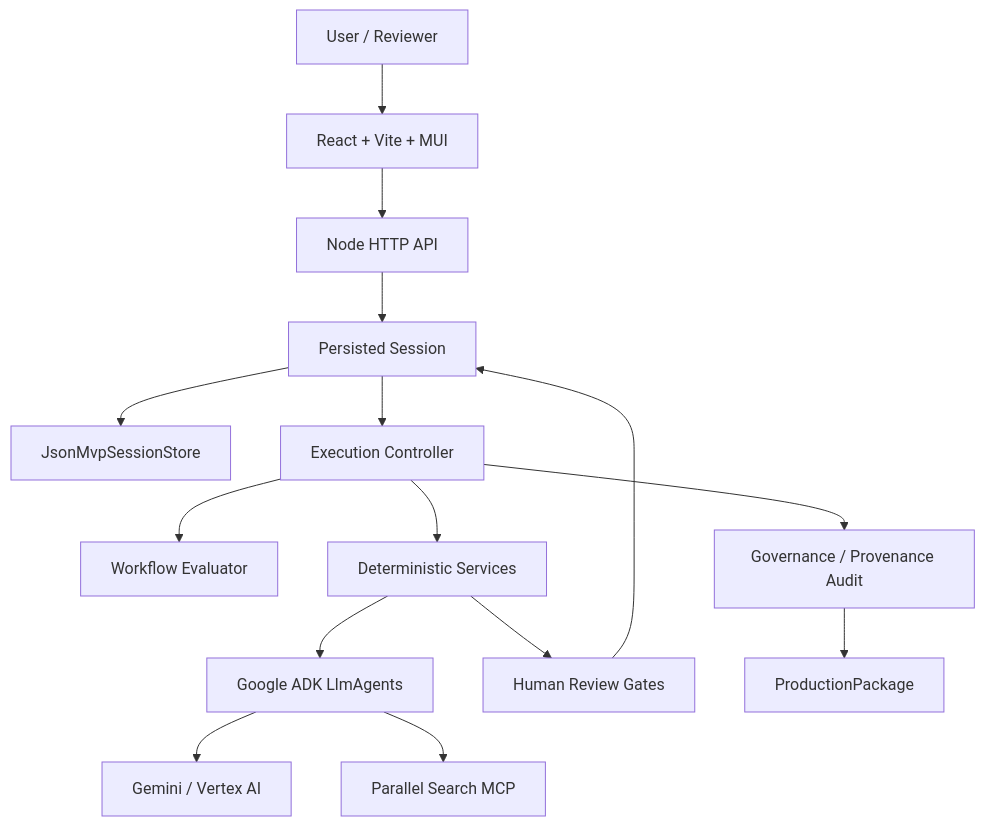
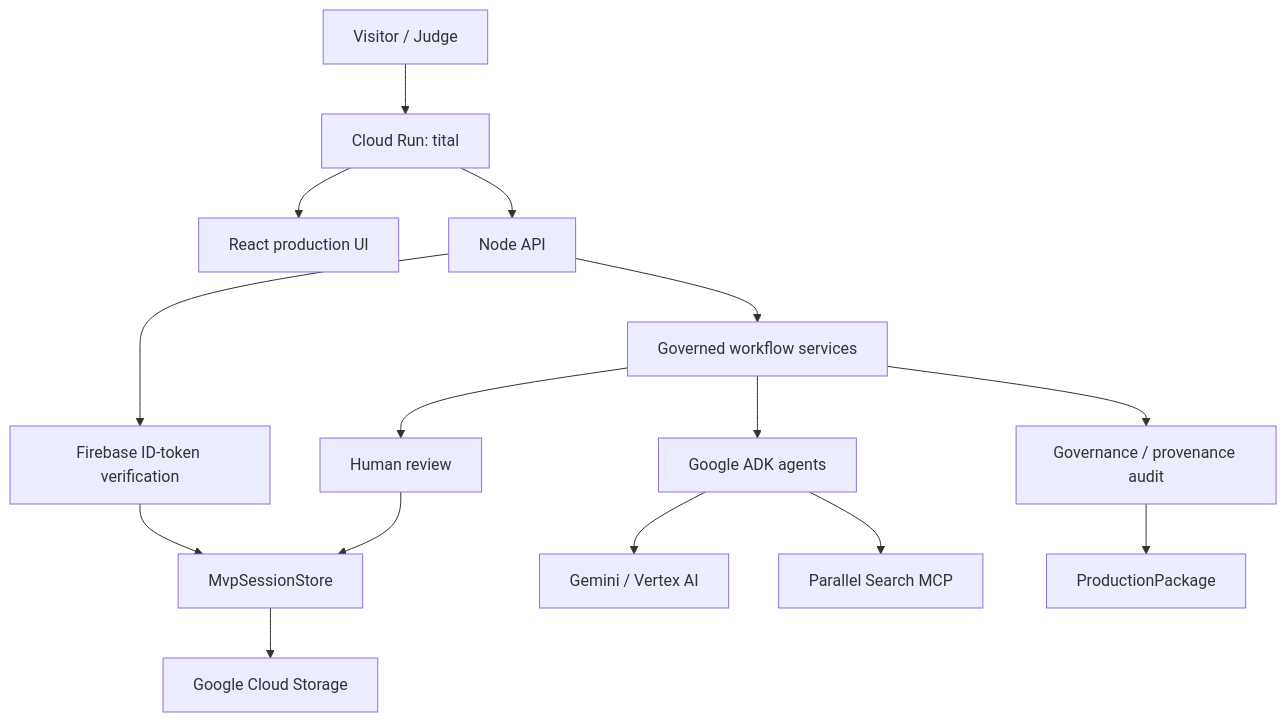
The diagram in README.md (amin076/tital), drawn with Mermaid before and after one commit. The commit also changed other lines of this file, not shown here.

Commit message:
docs: refresh README for hosted authenticated Tital

````diff
--- a/README.md
+++ b/README.md
@@ -109,26 +108,26 @@
 ```mermaid
 graph TD
-    U[User / Reviewer]
-    WEB[React + Vite + MUI]
-    API[Node HTTP API]
-    PS[Persisted Session]
-    STORE[JsonMvpSessionStore]
-    EC[Execution Controller]
-    EV[Workflow Evaluator]
-    DS[Deterministic Services]
-    AG[Google ADK LlmAgents]
-    G[Gemini / Vertex AI]
+    U[Visitor / Judge]
+    CR[Cloud Run: tital]
+    WEB[React production UI]
+    API[Node API]
+    AUTH[Firebase ID-token verification]
+    STORE[MvpSessionStore]
+    GCS[Google Cloud Storage]
+    EC[Governed workflow services]
+    ADK[Google ADK agents]
+    V[Gemini / Vertex AI]
     P[Parallel Search MCP]
-    H[Human Review Gates]
-    A[Governance / Provenance Audit]
+    H[Human review]
+    AUD[Governance / provenance audit]
     PKG[ProductionPackage]
 
-    U --> WEB --> API --> PS
-    PS --> STORE
-    PS --> EC --> EV
-    EC --> DS --> AG
-    AG --> G
-    AG --> P
-    DS --> H --> PS
-    EC --> A --> PKG
+    U --> CR
+    CR --> WEB
+    CR --> API --> AUTH --> STORE --> GCS
+    API --> EC --> ADK
+    ADK --> V
+    ADK --> P
+    EC --> H --> STORE
+    EC --> AUD --> PKG
 ```
````
